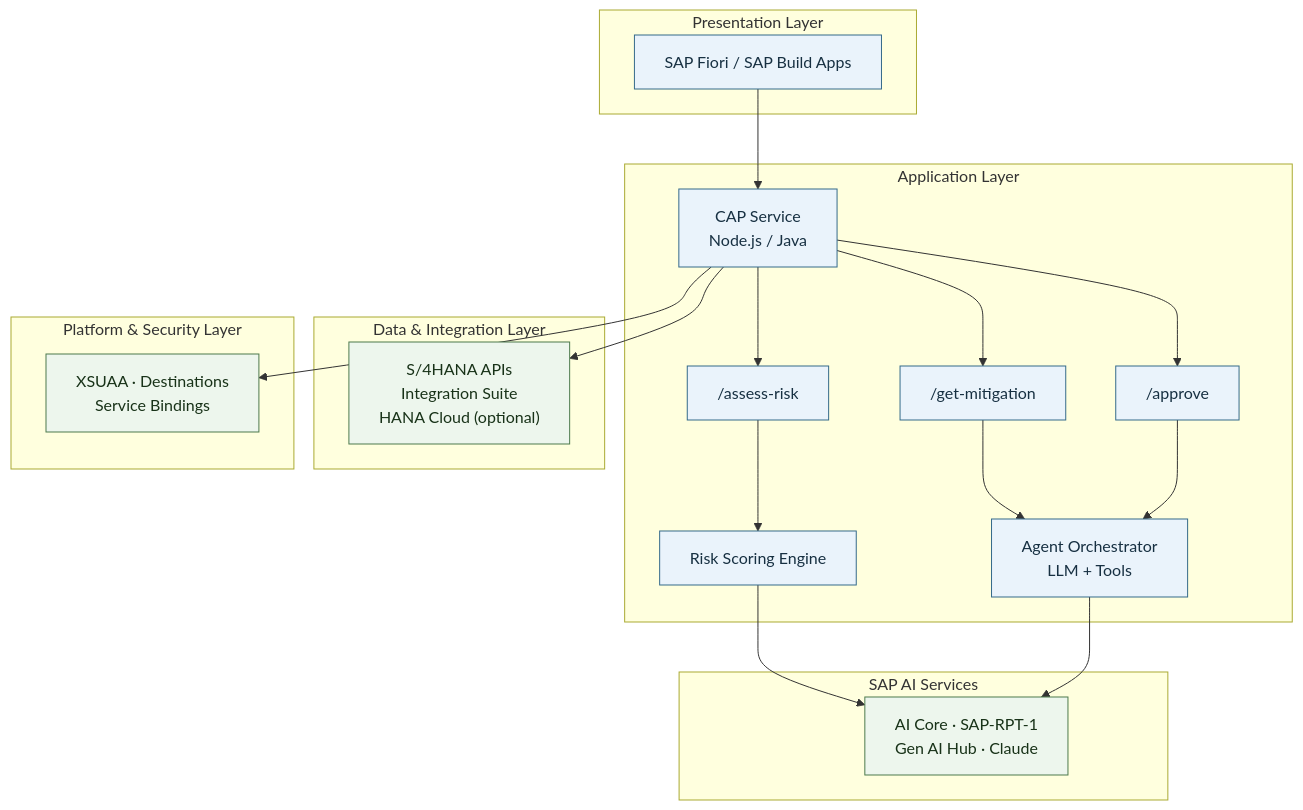
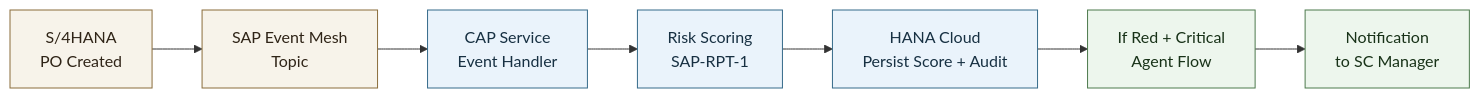
The fifth of 6 diagrams in architecture_discussion.md (jayxml/2604_rpt1), drawn with Mermaid before and after one commit. The commit also changed other lines of this file, not shown here.

Commit message:
updated architecture discussion

````diff
--- a/architecture_discussion.md
+++ b/architecture_discussion.md
@@ -139,47 +335,17 @@
 ```mermaid
-flowchart TD
-   subgraph PL["Presentation Layer"]
-      UI["SAP Fiori / SAP Build Apps"]
-   end
+flowchart LR
+   S4["S/4HANA<br/>PO Created"] --> EM["SAP Event Mesh<br/>Topic"]
+   EM --> CAP["CAP Service<br/>Event Handler"]
+   CAP --> RS["Risk Scoring<br/>SAP-RPT-1"]
+   RS --> HC["HANA Cloud<br/>Persist Score + Audit"]
+   HC --> AG["If Red + Critical<br/>Agent Flow"]
+   AG --> NT["Notification<br/>to SC Manager"]
 
-   subgraph AL["Application Layer"]
-      CAP["CAP Service<br/>Node.js / Java"]
-      AR["/assess-risk"]
-      GM["/get-mitigation"]
-      AP["/approve"]
-      RS["Risk Scoring Engine"]
-      AO["Agent Orchestrator<br/>LLM + Tools"]
+   classDef source fill:#f7f3ea,stroke:#8a6d3b,color:#2f2417,stroke-width:1px;
+   classDef app fill:#eaf3fb,stroke:#356a8a,color:#173042,stroke-width:1px;
+   classDef action fill:#edf6ed,stroke:#4d7a4d,color:#183218,stroke-width:1px;
 
-      CAP --> AR
-      CAP --> GM
-      CAP --> AP
-      AR --> RS
-      GM --> AO
-      AP --> AO
-   end
-
-   subgraph AI["SAP AI Services"]
-      AIC["AI Core · SAP-RPT-1<br/>Gen AI Hub · Claude"]
-   end
-
-   subgraph DI["Data & Integration Layer"]
-      DATA["S/4HANA APIs<br/>Integration Suite<br/>HANA Cloud (optional)"]
-   end
-
-   subgraph PS["Platform & Security Layer"]
-      SEC["XSUAA · Destinations<br/>Service Bindings"]
-   end
-
-   UI --> CAP
-   RS --> AIC
-   AO --> AIC
-   CAP --> DATA
-   CAP --> SEC
-
-   classDef layer fill:#f7f3ea,stroke:#8a6d3b,color:#2f2417,stroke-width:1px;
-   classDef app fill:#eaf3fb,stroke:#356a8a,color:#173042,stroke-width:1px;
-   classDef service fill:#edf6ed,stroke:#4d7a4d,color:#183218,stroke-width:1px;
-
-   class UI,CAP,AR,GM,AP,RS,AO app;
-   class AIC,DATA,SEC service;
+   class S4,EM source;
+   class CAP,RS,HC app;
+   class AG,NT action;
 ```
````
